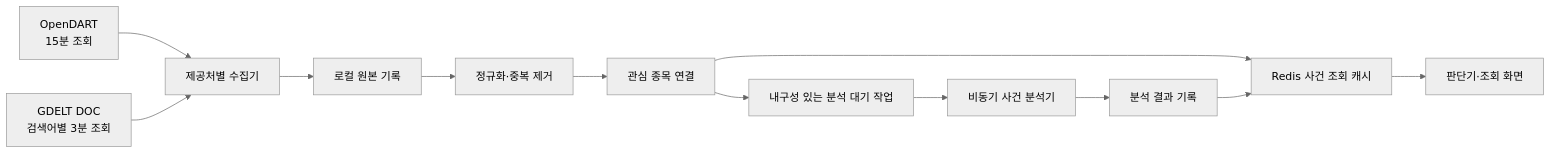
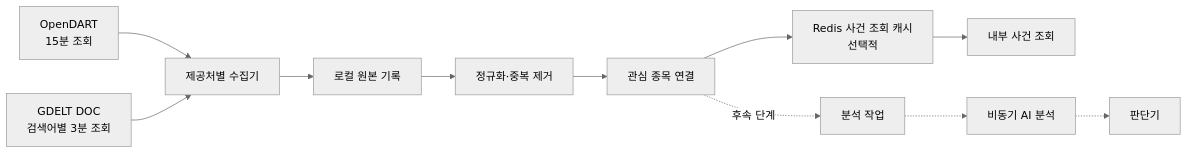
One commit to ShinYEB/Auto-helm changed the first of 2 diagrams in docs/lld/03-event-data.md. Above: the diagram before and after it, drawn with Mermaid (neutral theme). The commit also changed other lines of this file and 7 other files, not shown here.

Commit message:
Align event data design with collection and add blog diagram

````diff
--- a/docs/lld/03-event-data.md
+++ b/docs/lld/03-event-data.md
@@ -13,14 +13,13 @@
 ```mermaid
 flowchart LR
     DART["OpenDART<br/>15분 조회"] --> FETCH["제공처별 수집기"]
     GDELT["GDELT DOC<br/>검색어별 3분 조회"] --> FETCH
     FETCH --> RAW["로컬 원본 기록"]
     RAW --> NORM["정규화·중복 제거"]
     NORM --> LINK["관심 종목 연결"]
-    LINK --> JOB["내구성 있는 분석 대기 작업"]
-    JOB --> AI["비동기 사건 분석기"]
-    AI --> RESULT["분석 결과 기록"]
-    LINK --> CACHE["Redis 사건 조회 캐시"]
-    RESULT --> CACHE
-    CACHE --> DEC["판단기·조회 화면"]
+    LINK --> CACHE["Redis 사건 조회 캐시<br/>선택적"]
+    CACHE --> QUERY["내부 사건 조회"]
+    LINK -. "후속 단계" .-> JOB["분석 작업"]
+    JOB -.-> AI["비동기 AI 분석"]
+    AI -.-> DEC["판단기"]
 ```
````
